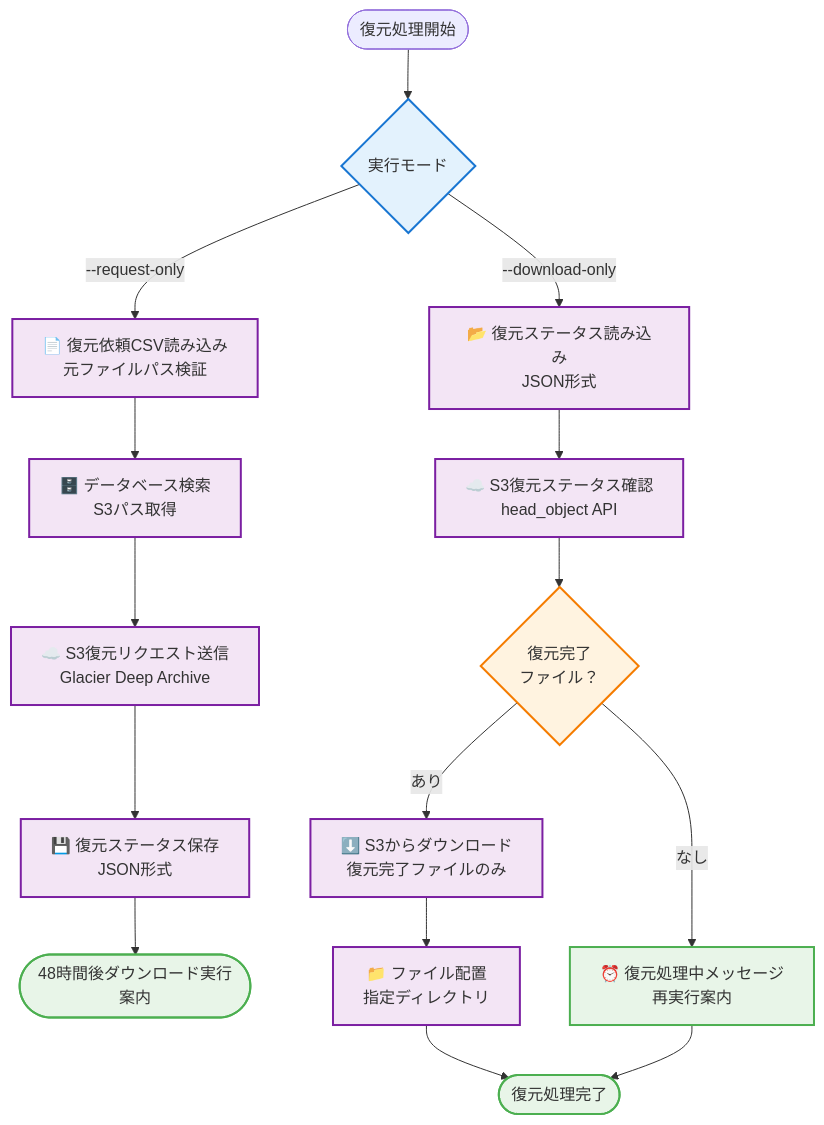
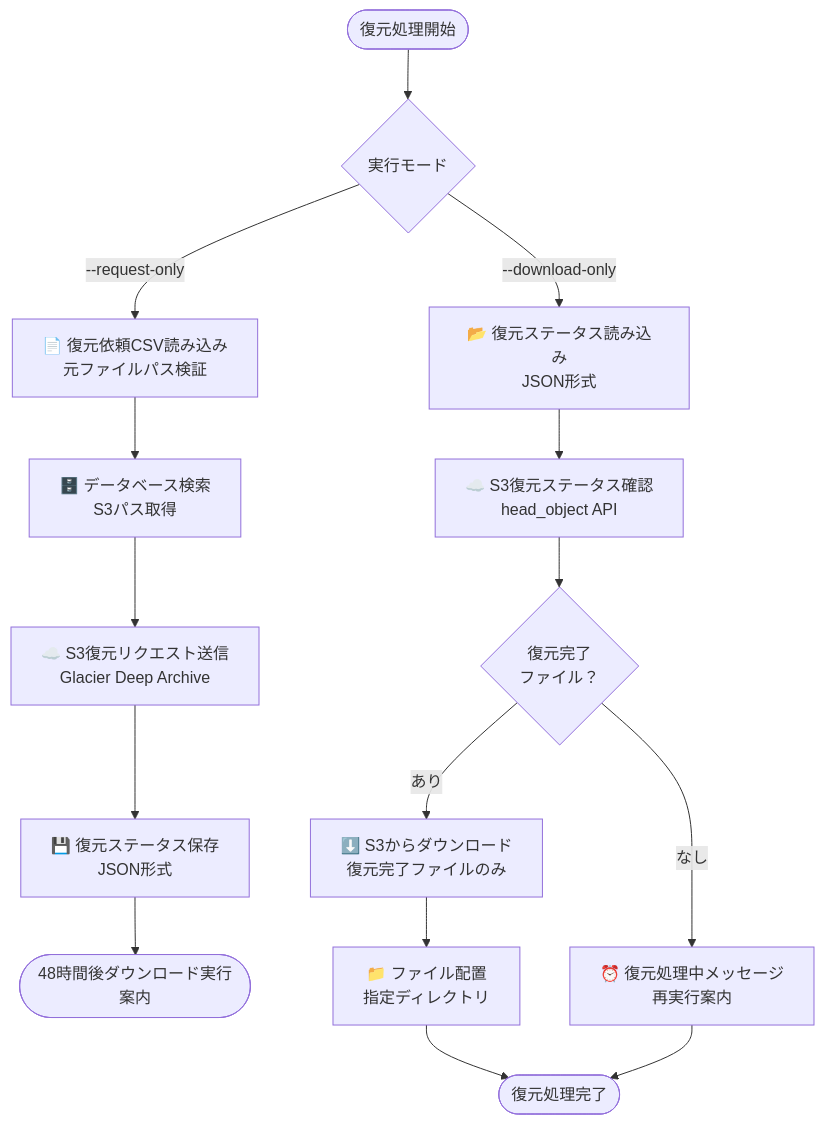
The third of 3 diagrams in archive/doc/detailed_design_doc.md (SantaSan-1224/HideoutRepo), drawn with Mermaid before and after one commit. The commit also changed other lines of this file, not shown here.

````diff
--- a/archive/doc/detailed_design_doc.md
+++ b/archive/doc/detailed_design_doc.md
@@ -257,32 +330,21 @@
 ```mermaid
 flowchart TD
     Start([復元処理開始]) --> Mode{実行モード}
 
     %% 復元リクエスト送信モード
     Mode -->|--request-only| CSV_Read[📄 復元依頼CSV読み込み<br/>元ファイルパス検証]
     CSV_Read --> DB_Search[🗄️ データベース検索<br/>S3パス取得]
     DB_Search --> S3_Request[☁️ S3復元リクエスト送信<br/>Glacier Deep Archive]
     S3_Request --> Status_Save[💾 復元ステータス保存<br/>JSON形式]
     Status_Save --> Request_End([48時間後ダウンロード実行案内])
 
     %% ダウンロード実行モード（ステータス確認込み）
     Mode -->|--download-only| Status_Load[📂 復元ステータス読み込み<br/>JSON形式]
     Status_Load --> S3_Check[☁️ S3復元ステータス確認<br/>head_object API]
     S3_Check --> Status_Filter{復元完了<br/>ファイル？}
     Status_Filter -->|あり| S3_Download[⬇️ S3からダウンロード<br/>復元完了ファイルのみ]
     Status_Filter -->|なし| Wait_Message[⏰ 復元処理中メッセージ<br/>再実行案内]
     S3_Download --> File_Place[📁 ファイル配置<br/>指定ディレクトリ]
     File_Place --> Download_End([復元処理完了])
     Wait_Message --> Download_End
-
-    %% スタイル
-    classDef modeBox fill:#E3F2FD,stroke:#1976D2,stroke-width:2px
-    classDef processBox fill:#F3E5F5,stroke:#7B1FA2,stroke-width:2px
-    classDef decisionBox fill:#FFF3E0,stroke:#F57C00,stroke-width:2px
-    classDef endBox fill:#E8F5E8,stroke:#4CAF50,stroke-width:2px
-
-    class Mode modeBox
-    class Status_Filter decisionBox
-    class CSV_Read,DB_Search,S3_Request,Status_Save,Status_Load,S3_Check,S3_Download,File_Place processBox
-    class Request_End,Download_End,Wait_Message endBox
 ```
````
